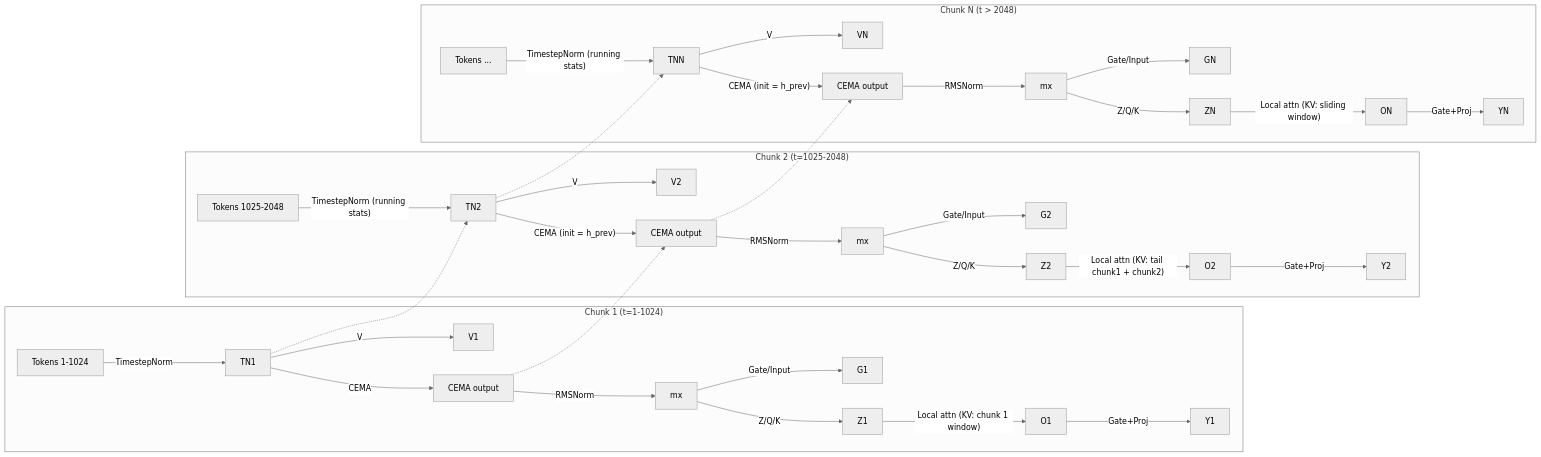
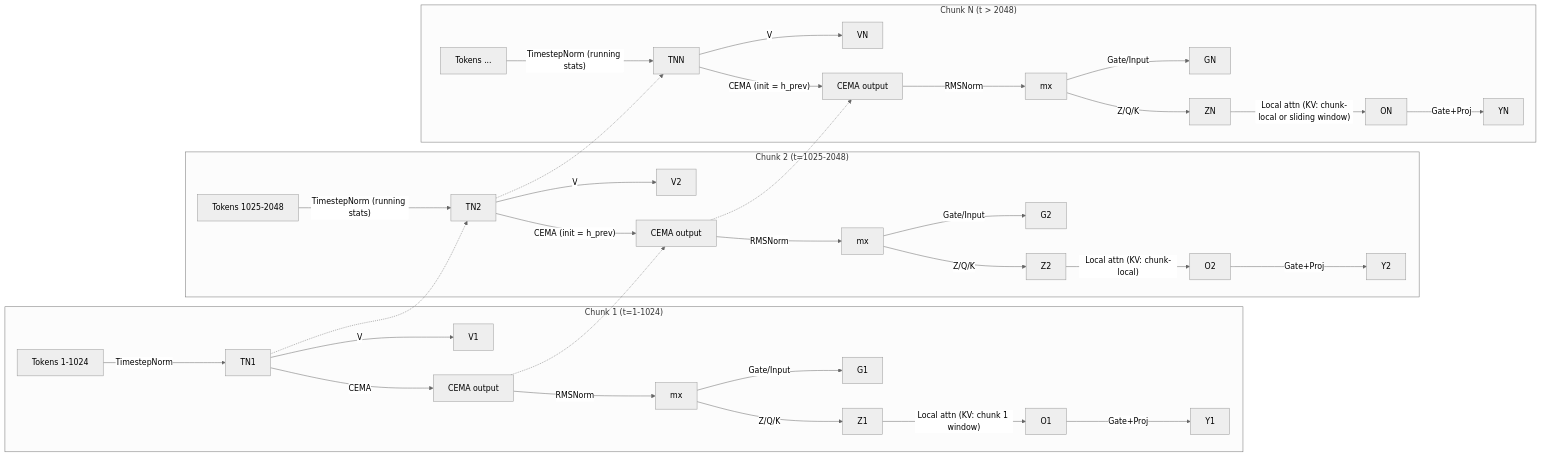
The first of 3 diagrams in docs/long_context_streaming.md (pszemraj/megalodon-hf), drawn with Mermaid (neutral theme) before and after one commit. The commit also changed other lines of this file and 7 other files, not shown here.

First line of the commit message:
fix: CEMA FFT NaN stability and chunk-local cache defaults

````diff
--- a/docs/long_context_streaming.md
+++ b/docs/long_context_streaming.md
@@ -9,40 +9,40 @@
 ```mermaid
 flowchart LR
     subgraph Chunk1["Chunk 1 (t=1-1024)"]
         A1[Tokens 1-1024] -->|TimestepNorm| TN1
         TN1 -->|CEMA| C1[CEMA output]
         C1 -->|RMSNorm| MX1[mx]
         MX1 -->|Z/Q/K| Z1
         TN1 -->|V| V1
         MX1 -->|Gate/Input| G1
         Z1 -->|"Local attn (KV: chunk 1 window)"| O1
         O1 -->|Gate+Proj| Y1
     end
 
     subgraph Chunk2["Chunk 2 (t=1025-2048)"]
         A2[Tokens 1025-2048] -->|"TimestepNorm (running stats)"| TN2
         TN2 -->|"CEMA (init = h_prev)"| C2[CEMA output]
         C2 -->|RMSNorm| MX2[mx]
         MX2 -->|Z/Q/K| Z2
         TN2 -->|V| V2
         MX2 -->|Gate/Input| G2
-        Z2 -->|"Local attn (KV: tail chunk1 + chunk2)"| O2
+        Z2 -->|"Local attn (KV: chunk-local)"| O2
         O2 -->|Gate+Proj| Y2
     end
 
     subgraph ChunkN["Chunk N (t > 2048)"]
         AN[Tokens ...] -->|"TimestepNorm (running stats)"| TNN
         TNN -->|"CEMA (init = h_prev)"| CN[CEMA output]
         CN -->|RMSNorm| MXN[mx]
         MXN -->|Z/Q/K| ZN
         TNN -->|V| VN
         MXN -->|Gate/Input| GN
-        ZN -->|"Local attn (KV: sliding window)"| ON
+        ZN -->|"Local attn (KV: chunk-local or sliding window)"| ON
         ON -->|Gate+Proj| YN
     end
 
     C1 -.-> C2
     C2 -.-> CN
     TN1 -.-> TN2
     TN2 -.-> TNN
 ```
````
